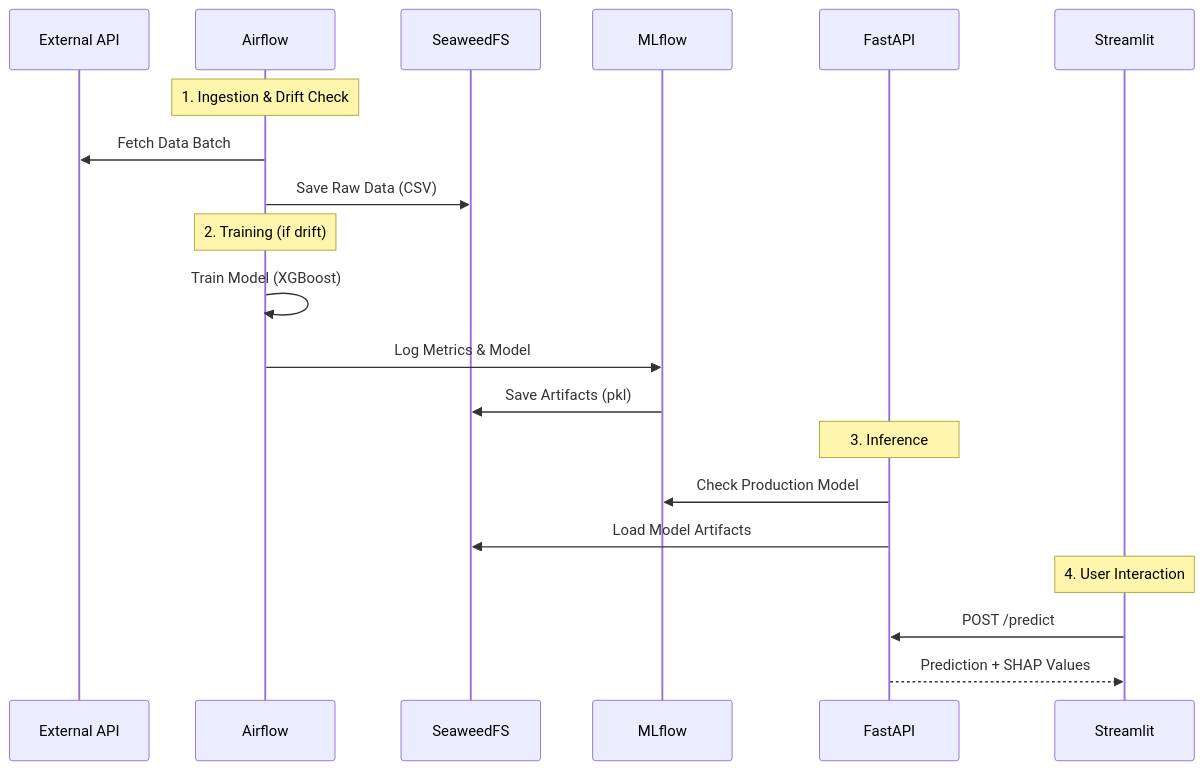
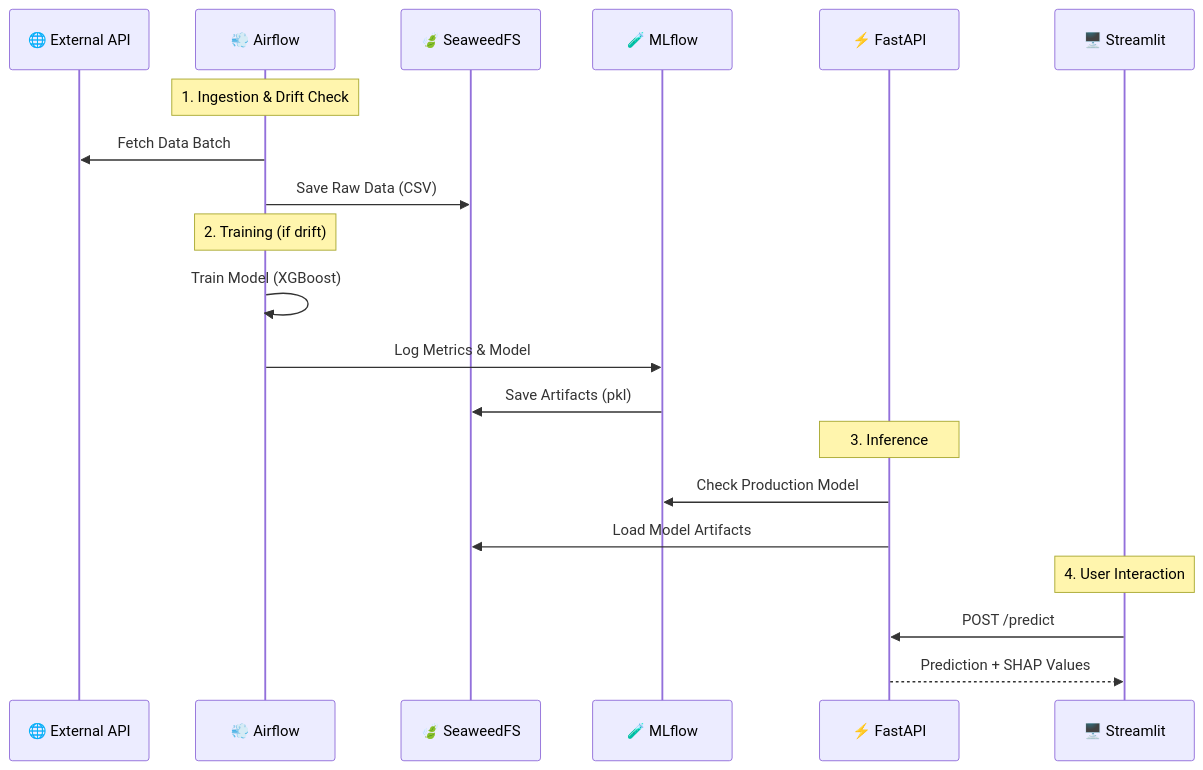
One commit to davidm094/MLOPS_Proyecto_Final changed the second of 3 diagrams in docs/TECHNICAL_REPORT.md. Above: the diagram before and after it, drawn with Mermaid. The commit also changed other lines of this file and 1 other file, not shown here.

Commit message:
docs: restore icons in mermaid diagrams

````diff
--- a/docs/TECHNICAL_REPORT.md
+++ b/docs/TECHNICAL_REPORT.md
@@ -135,26 +135,26 @@
 ```mermaid
 sequenceDiagram
-    participant Ext as  External API
-    participant AF as  Airflow
-    participant S3 as  SeaweedFS
-    participant ML as  MLflow
-    participant API as  FastAPI
-    participant UI as  Streamlit
+    participant Ext as 🌐 External API
+    participant AF as 💨 Airflow
+    participant S3 as 🍃 SeaweedFS
+    participant ML as 🧪 MLflow
+    participant API as ⚡ FastAPI
+    participant UI as 🖥️ Streamlit
 
     Note over AF: 1. Ingestion & Drift Check
     AF->>Ext: Fetch Data Batch
     AF->>S3: Save Raw Data (CSV)
     
     Note over AF: 2. Training (if drift)
     AF->>AF: Train Model (XGBoost)
     AF->>ML: Log Metrics & Model
     ML->>S3: Save Artifacts (pkl)
     
     Note over API: 3. Inference
     API->>ML: Check Production Model
     API->>S3: Load Model Artifacts
     
     Note over UI: 4. User Interaction
     UI->>API: POST /predict
     API-->>UI: Prediction + SHAP Values
 ```
````
